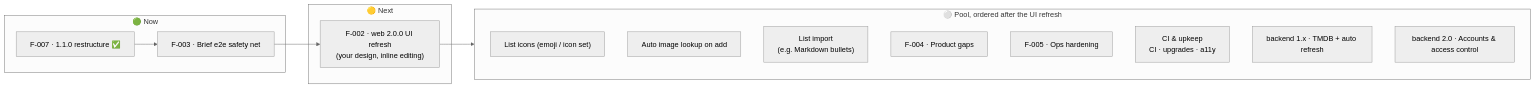
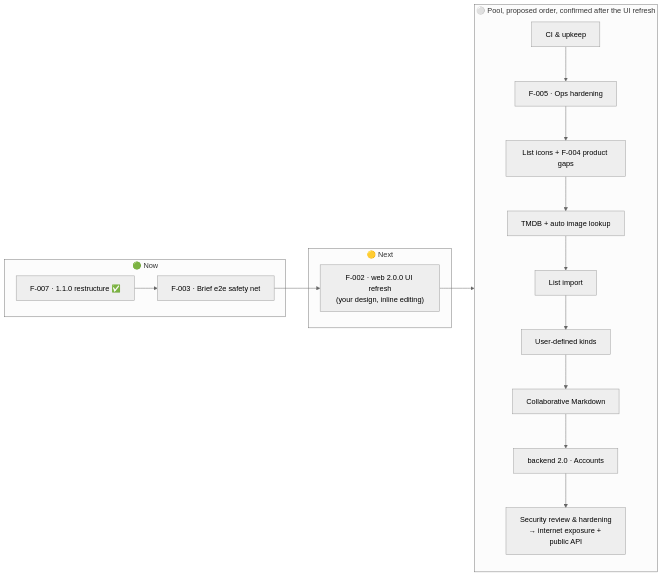
Before and after one commit to 0xfederama/collections-app: the second of 2 diagrams in ROADMAP.md, drawn with Mermaid (neutral theme). The commit also changed other lines of this file, not shown here.

Commit message:
docs(roadmap): pool re-shaped with proposed order; security review gates exposure and public API

````diff
--- a/ROADMAP.md
+++ b/ROADMAP.md
@@ -67,21 +70,23 @@
 ```mermaid
 flowchart LR
     subgraph NOW["🟢 Now"]
         F007["F-007 · 1.1.0 restructure ✅"]
         F003["F-003 · Brief e2e safety net"]
     end
     subgraph NEXT["🟡 Next"]
         F002["F-002 · web 2.0.0 UI refresh<br/>(your design, inline editing)"]
     end
-    subgraph POOL["⚪ Pool, ordered after the UI refresh"]
-        ICO["List icons (emoji / icon set)"]
-        AIMG["Auto image lookup on add"]
-        IMP["List import<br/>(e.g. Markdown bullets)"]
-        F004["F-004 · Product gaps"]
+    subgraph POOL["⚪ Pool, proposed order, confirmed after the UI refresh"]
+        UPK["CI & upkeep"]
         F005["F-005 · Ops hardening"]
-        UPK["CI & upkeep<br/>CI · upgrades · a11y"]
-        P2["backend 1.x · TMDB + auto refresh"]
-        P3["backend 2.0 · Accounts & access control"]
+        ICO["List icons + F-004 product gaps"]
+        P2["TMDB + auto image lookup"]
+        IMP["List import"]
+        UDK["User-defined kinds"]
+        COL["Collaborative Markdown"]
+        P3["backend 2.0 · Accounts"]
+        SEC["Security review & hardening<br/>→ internet exposure + public API"]
+        UPK --> F005 --> ICO --> P2 --> IMP --> UDK --> COL --> P3 --> SEC
     end
     F007 --> F003 --> F002 --> POOL
 ```
````
